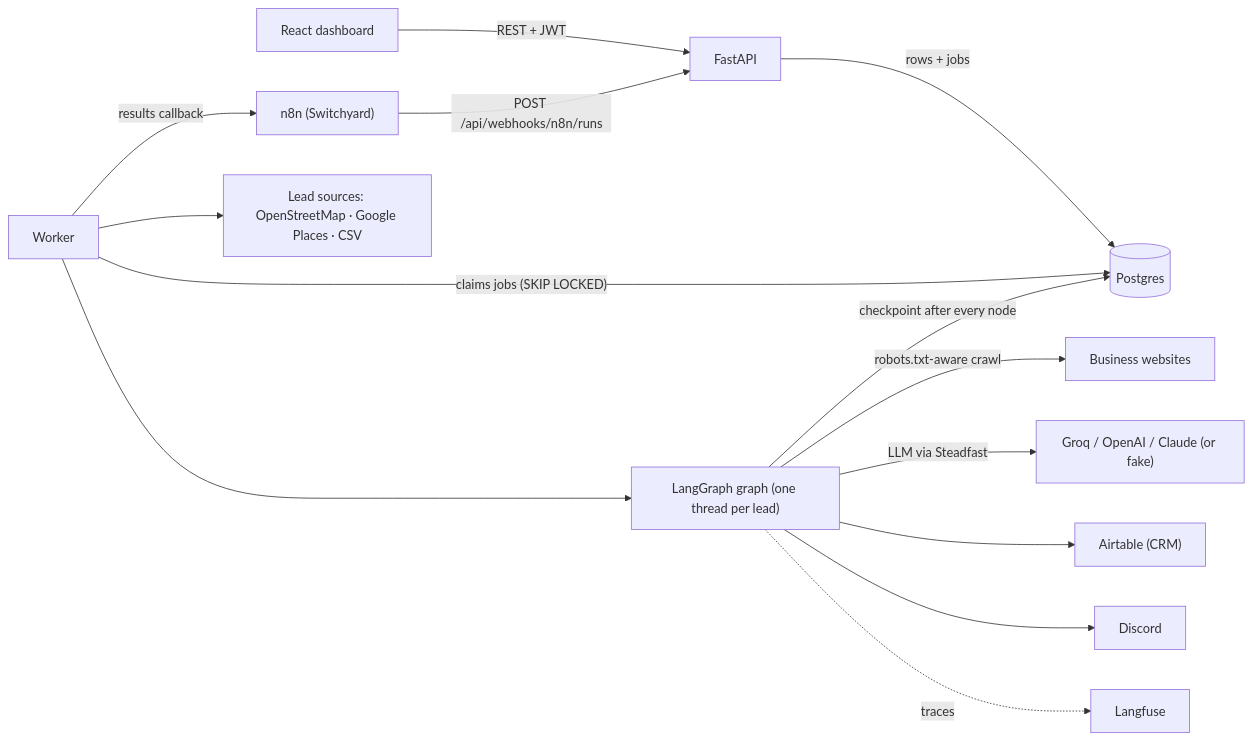
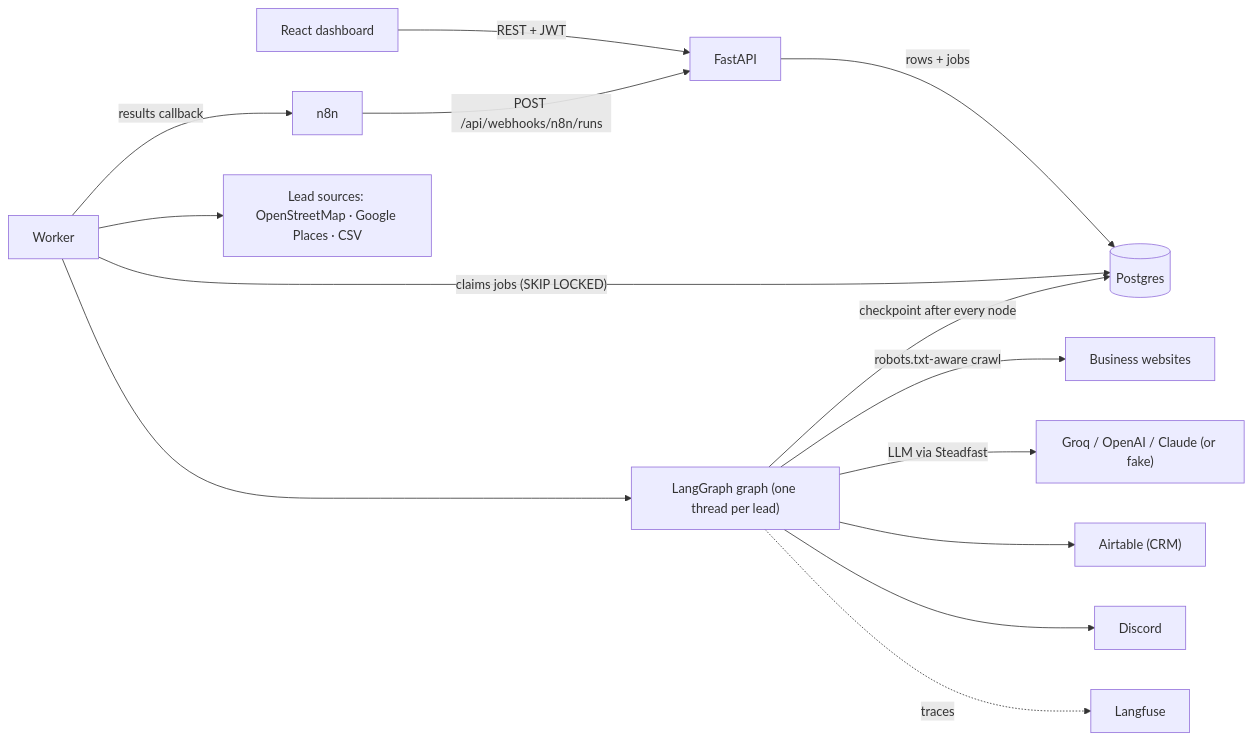
Before and after one commit to maniesh-lab/leadgate: the first of 6 diagrams in docs/ARCHITECTURE.md, drawn with Mermaid. The commit also changed 1 other file, not shown here.

Commit message:
docs: point to self-hosted n8n, not the private Switchyard repo
Switchyard is private now, so the README link went to a 404. leadgate
works with any n8n; its workflow is in n8n/leadgate.json.

````diff
--- a/docs/ARCHITECTURE.md
+++ b/docs/ARCHITECTURE.md
@@ -13,16 +13,16 @@
 ```mermaid
 flowchart LR
   UI["React dashboard"] -->|"REST + JWT"| API["FastAPI"]
-  N8N["n8n (Switchyard)"] -->|"POST /api/webhooks/n8n/runs"| API
+  N8N["n8n"] -->|"POST /api/webhooks/n8n/runs"| API
   API -->|"rows + jobs"| DB[("Postgres")]
   W["Worker"] -->|"claims jobs (SKIP LOCKED)"| DB
   W --> SRC["Lead sources: OpenStreetMap · Google Places · CSV"]
   W --> G["LangGraph graph (one thread per lead)"]
   G -->|"checkpoint after every node"| DB
   G -->|"robots.txt-aware crawl"| WEB["Business websites"]
   G -->|"LLM via Steadfast"| LLM["Groq / OpenAI / Claude (or fake)"]
   G --> CRM["Airtable (CRM)"]
   G --> D["Discord"]
   W -->|"results callback"| N8N
   G -.->|traces| LF["Langfuse"]
 ```
````
